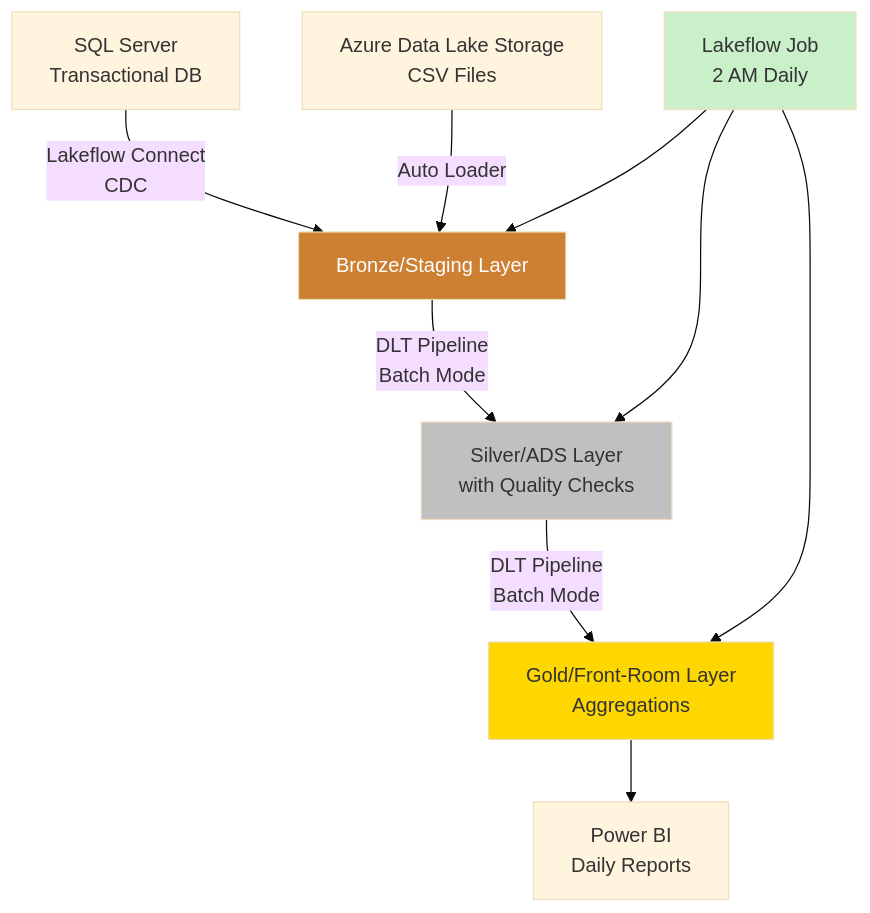
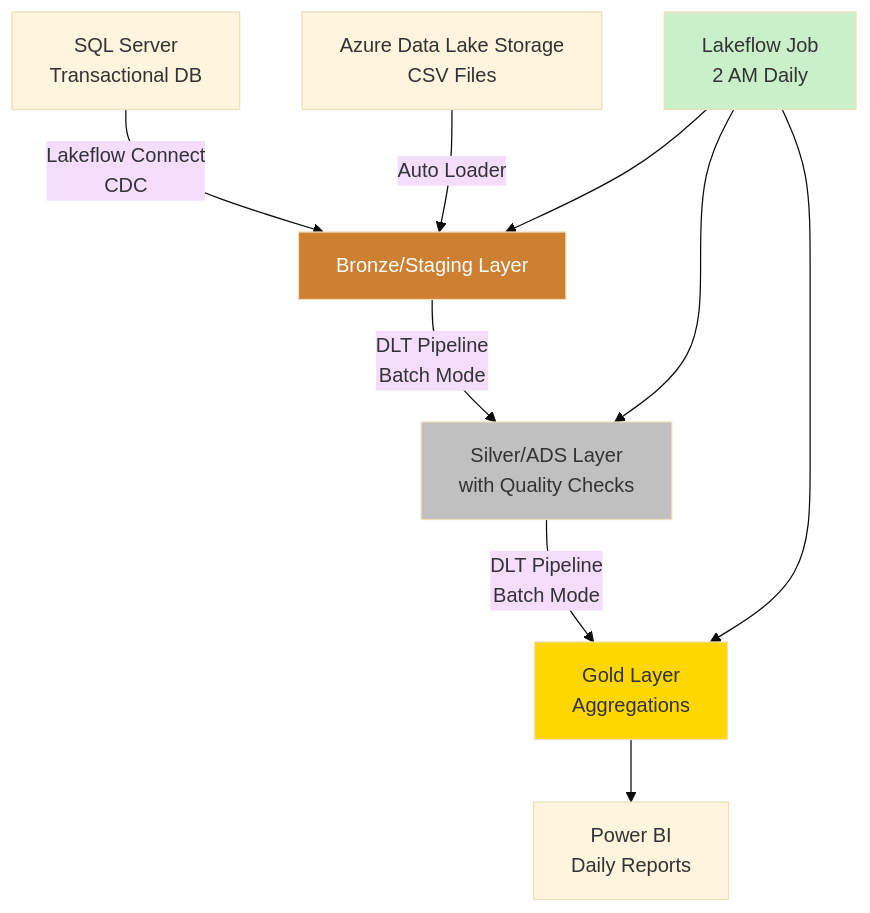
Before and after one commit to PlainsightPro/Vision-Playbook: the eighth of 8 diagrams in Technical Guideline Ops/Databricks Best-Practices/Lakeflow ETL Guide.md, drawn with Mermaid (base theme). The commit also changed other lines of this file and 18 other files, not shown here.

````diff
--- a/Technical Guideline Ops/Databricks Best-Practices/Lakeflow ETL Guide.md
+++ b/Technical Guideline Ops/Databricks Best-Practices/Lakeflow ETL Guide.md
@@ -612,19 +612,19 @@
 ```mermaid
 %%{init: { "flowchart": { "useMaxWidth": true } } }%%
 flowchart TD
     A[SQL Server<br/>Transactional DB] -->|Lakeflow Connect<br/>CDC| B[Bronze/Staging Layer]
     C[Azure Data Lake Storage<br/>CSV Files] -->|Auto Loader| B
     
     B -->|DLT Pipeline<br/>Batch Mode| D[Silver/ADS Layer<br/>with Quality Checks]
-    D -->|DLT Pipeline<br/>Batch Mode| E[Gold/Front-Room Layer<br/>Aggregations]
+    D -->|DLT Pipeline<br/>Batch Mode| E[Gold Layer<br/>Aggregations]
     E --> F[Power BI<br/>Daily Reports]
     
     G[Lakeflow Job<br/>2 AM Daily] --> B
     G --> D
     G --> E
     
     style B fill:#cd7f32,color:#fff
     style D fill:#c0c0c0
     style E fill:#ffd700
     style G fill:#c9f0c9
 ```
````
